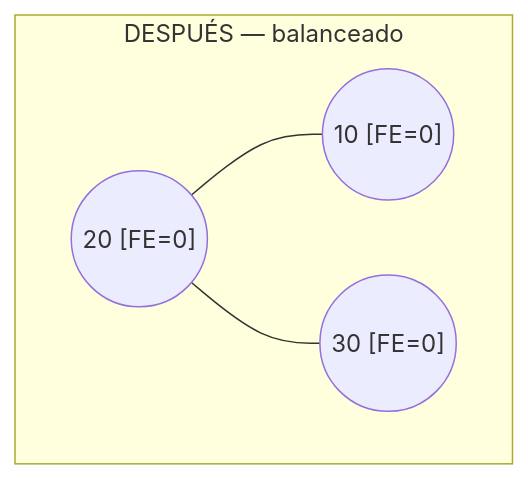
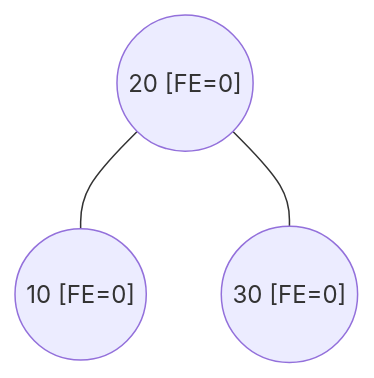
Diagram 25 of 34 in 03-arboles.md (frijolitobandido/Guia_Matematica_Discreta), drawn with Mermaid before and after one commit. The commit also changed other lines of this file, not shown here.

````diff
--- a/03-arboles.md
+++ b/03-arboles.md
@@ -551,7 +616,5 @@
 ```mermaid
 graph TD
-    subgraph Después3["DESPUÉS — balanceado"]
-        f1(("20 [FE=0]")) --- f2(("10 [FE=0]"))
-        f1 --- f3(("30 [FE=0]"))
-    end
+    f1(("20 [FE=0]")) --- f2(("10 [FE=0]"))
+    f1 --- f3(("30 [FE=0]"))
 ```
````
